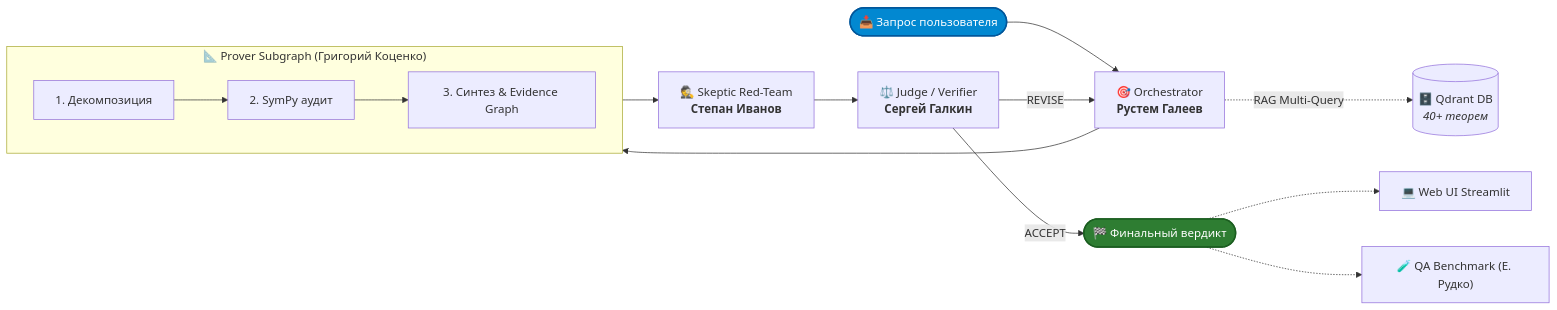
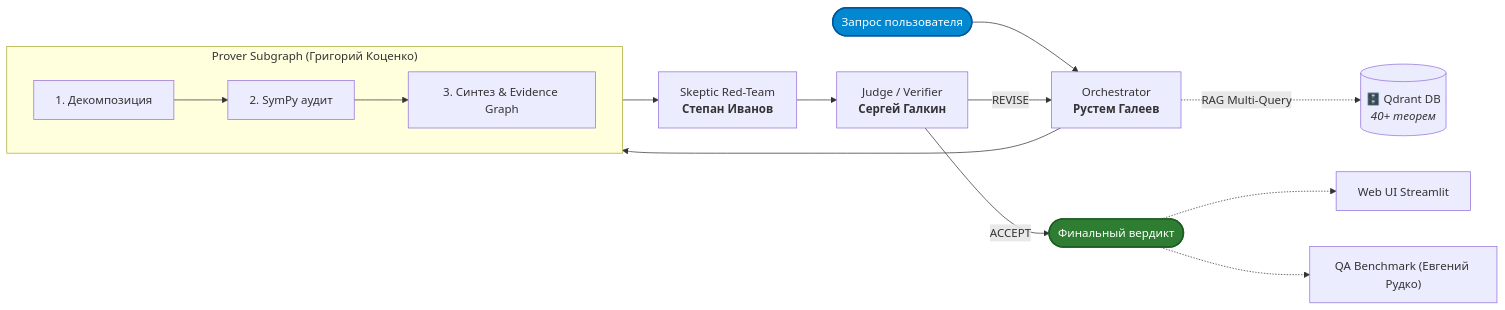
The diagram in README.md (rustemgotop-beep/agentic-truth), drawn with Mermaid before and after one commit. The commit also changed other lines of this file, not shown here.

````diff
--- a/README.md
+++ b/README.md
@@ -43,24 +43,24 @@
 ```mermaid
 flowchart LR
-    User(["📥 Запрос пользователя"]):::startNode --> Orch["🎯 Orchestrator<br/><b>Рустем Галеев</b>"]
+    User(["Запрос пользователя"]):::startNode --> Orch["Orchestrator<br/><b>Рустем Галеев</b>"]
     Orch -.->|RAG Multi-Query| RAG[("🗄️ Qdrant DB<br/><i>40+ теорем</i>")]
     
     Orch --> P1
     
-    subgraph SubgraphProver ["📐 Prover Subgraph (Григорий Коценко)"]
+    subgraph SubgraphProver ["Prover Subgraph (Григорий Коценко)"]
         direction LR
         P1["1. Декомпозиция"] --> P2["2. SymPy аудит"] --> P3["3. Синтез & Evidence Graph"]
     end
     
-    P3 --> Skeptic["🕵️ Skeptic Red-Team<br/><b>Степан Иванов</b>"]
-    Skeptic --> Judge["⚖️ Judge / Verifier<br/><b>Сергей Галкин</b>"]
+    P3 --> Skeptic["Skeptic Red-Team<br/><b>Степан Иванов</b>"]
+    Skeptic --> Judge["Judge / Verifier<br/><b>Сергей Галкин</b>"]
     
     Judge -->|REVISE| Orch
-    Judge -->|ACCEPT| Out(["🏁 Финальный вердикт"]):::finishNode
+    Judge -->|ACCEPT| Out(["Финальный вердикт"]):::finishNode
     
-    Out -.-> UI["💻 Web UI Streamlit"]
-    Out -.-> QA["🧪 QA Benchmark (Е. Рудко)"]
+    Out -.-> UI["Web UI Streamlit"]
+    Out -.-> QA["QA Benchmark (Евгений Рудко)"]
 
     classDef startNode fill:#0288D1,stroke:#01579B,stroke-width:2px,color:#FFFFFF
     classDef finishNode fill:#2E7D32,stroke:#1B5E20,stroke-width:2px,color:#FFFFFF
 ```
````
